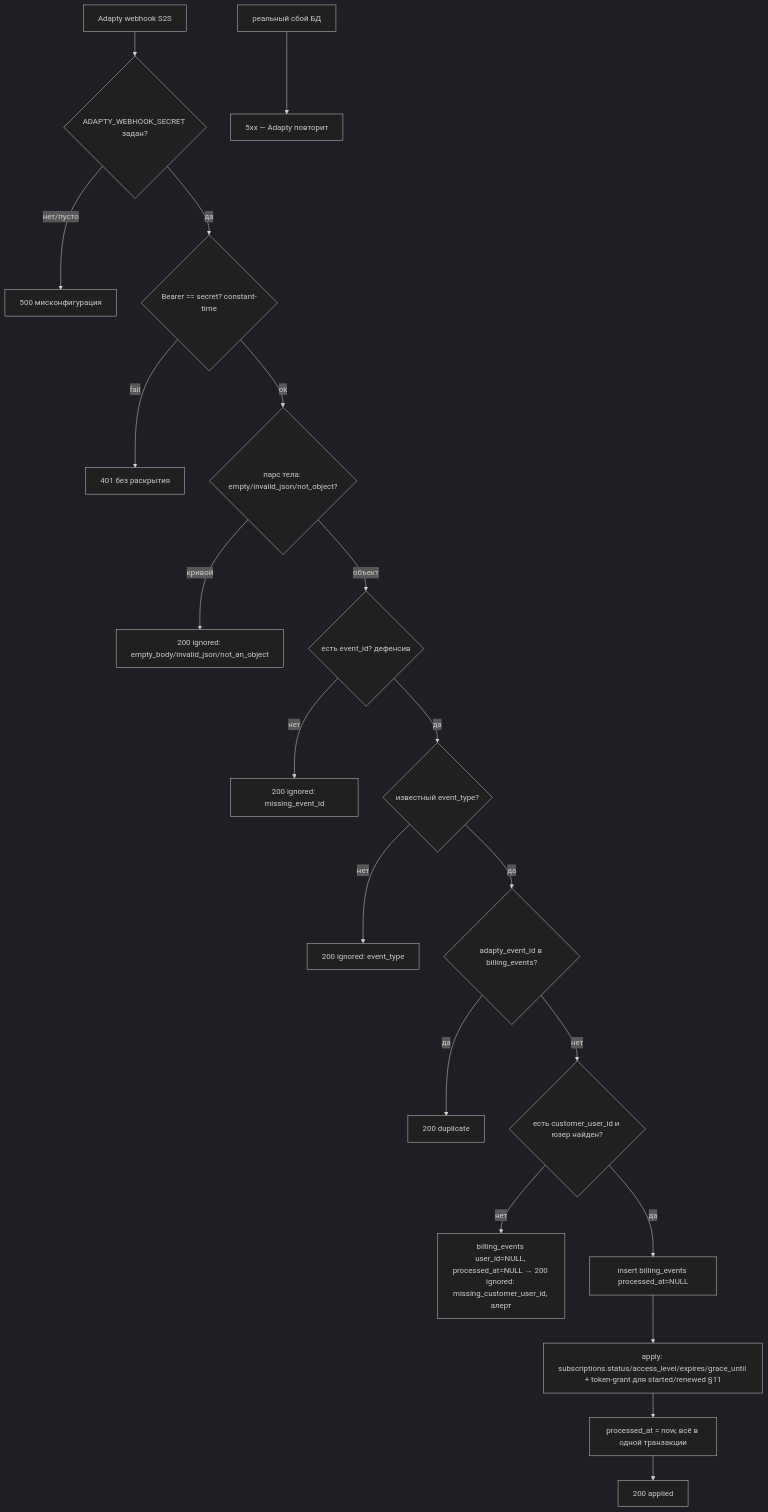
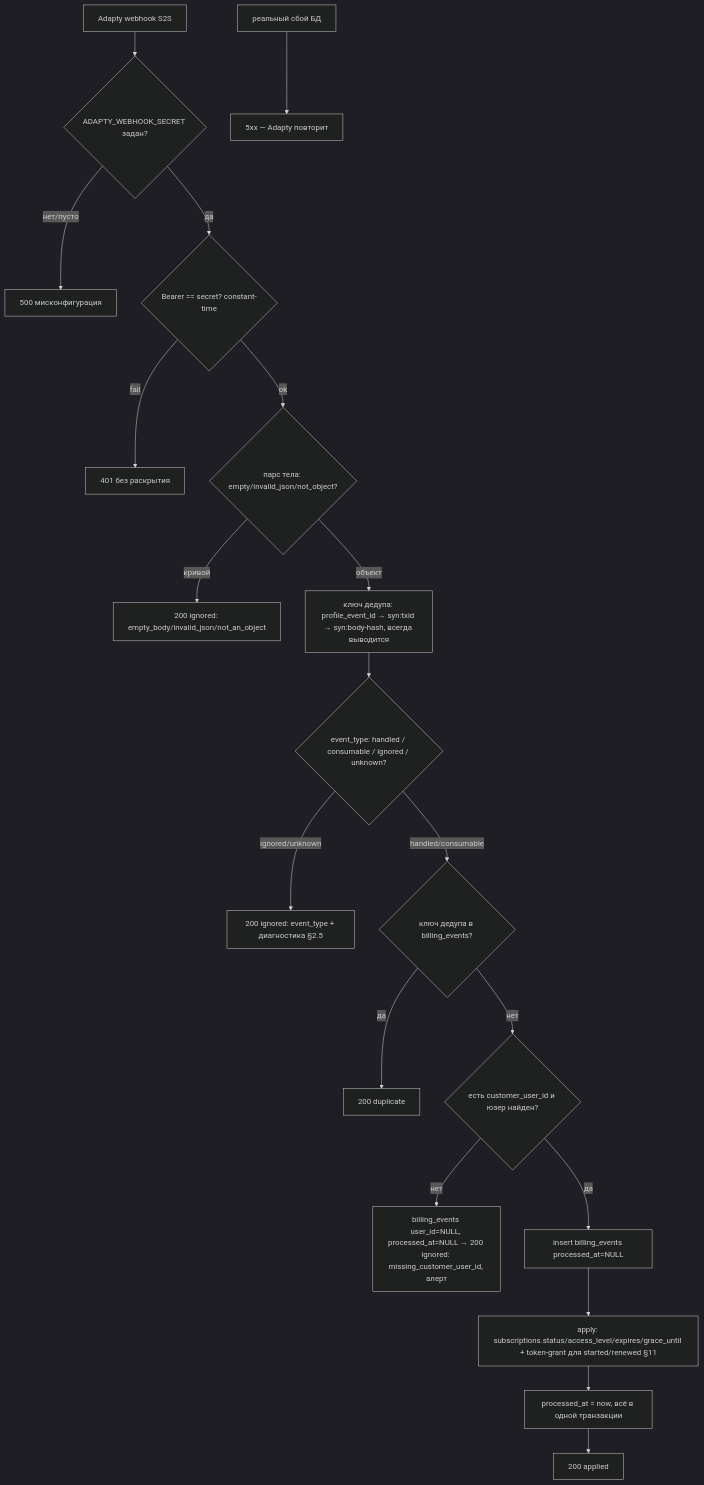
Before and after one commit to eliseiv/lovable-ai: the first of 2 diagrams in docs/modules/billing/03-architecture.md, drawn with Mermaid (dark theme). The commit also changed other lines of this file and 28 other files, not shown here.

````diff
--- a/docs/modules/billing/03-architecture.md
+++ b/docs/modules/billing/03-architecture.md
@@ -22,22 +22,21 @@
 ```mermaid
 flowchart TB
     A[Adapty webhook S2S] --> S{ADAPTY_WEBHOOK_SECRET задан?}
     S -->|нет/пусто| E500[500 мисконфигурация]
     S -->|да| B{Bearer == secret? constant-time}
     B -->|fail| E401[401 без раскрытия]
     B -->|ok| PB{парс тела: empty/invalid_json/not_object?}
     PB -->|кривой| IG1[200 ignored: empty_body/invalid_json/not_an_object]
-    PB -->|объект| EID{есть event_id? дефенсив}
-    EID -->|нет| IG2[200 ignored: missing_event_id]
-    EID -->|да| ET{известный event_type?}
-    ET -->|нет| IG3[200 ignored: event_type]
-    ET -->|да| C{adapty_event_id в billing_events?}
+    PB -->|объект| EID[ключ дедупа: profile_event_id → syn:txid → syn:body-hash, всегда выводится]
+    EID --> ET{event_type: handled / consumable / ignored / unknown?}
+    ET -->|ignored/unknown| IG3[200 ignored: event_type + диагностика §2.5]
+    ET -->|handled/consumable| C{ключ дедупа в billing_events?}
     C -->|да| OK1[200 duplicate]
     C -->|нет| CU{есть customer_user_id и юзер найден?}
     CU -->|нет| NU[billing_events user_id=NULL, processed_at=NULL → 200 ignored: missing_customer_user_id, алерт]
     CU -->|да| D[insert billing_events processed_at=NULL]
     D --> U[apply: subscriptions.status/access_level/expires/grace_until + token-grant для started/renewed §11]
     U --> P[processed_at = now, всё в одной транзакции]
     P --> OK2[200 applied]
     DB[реальный сбой БД] --> E5xx[5xx — Adapty повторит]
 ```
````
